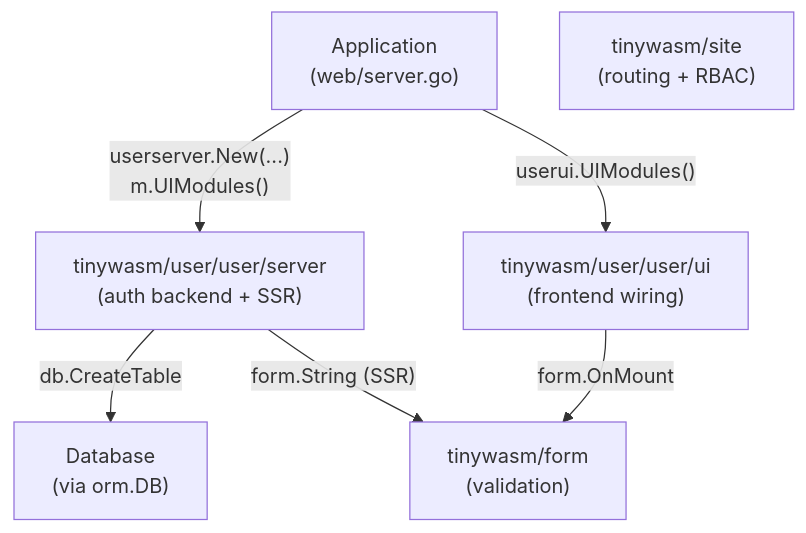
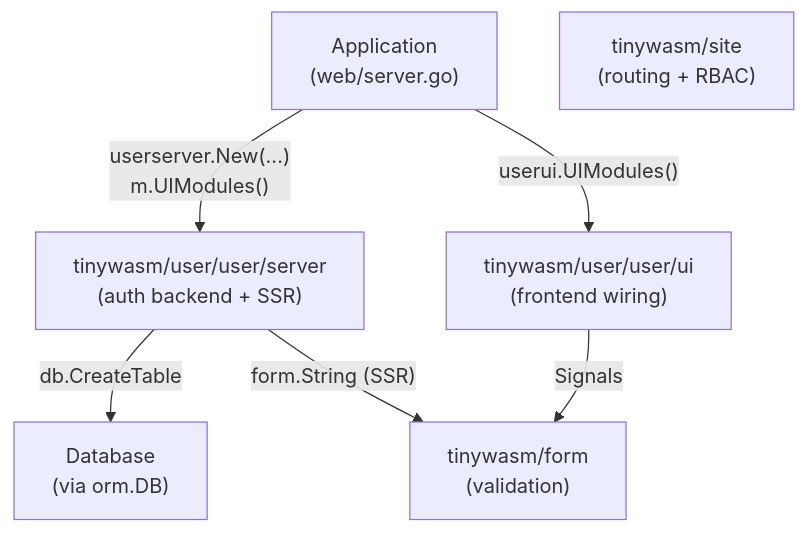
The diagram in docs/ARCHITECTURE.md (tinywasm/user), drawn with Mermaid before and after one commit. The commit also changed other lines of this file and 29 other files, not shown here.

````diff
--- a/docs/ARCHITECTURE.md
+++ b/docs/ARCHITECTURE.md
@@ -78,15 +78,15 @@
 ```mermaid
 graph TD
     APP["Application\n(web/server.go)"]
     SITE["tinywasm/site\n(routing + RBAC)"]
     SERVER["tinywasm/user/user/server\n(auth backend + SSR)"]
     UI["tinywasm/user/user/ui\n(frontend wiring)"]
     FORM["tinywasm/form\n(validation)"]
     DB["Database\n(via orm.DB)"]
 
     APP -->|"userserver.New(...)\nm.UIModules()"| SERVER
     APP -->|"userui.UIModules()"| UI
     SERVER -->|"db.CreateTable"| DB
-    UI -->|"form.OnMount"| FORM
+    UI -->|"Signals"| FORM
     SERVER -->|"form.String (SSR)"| FORM
 ```
````
